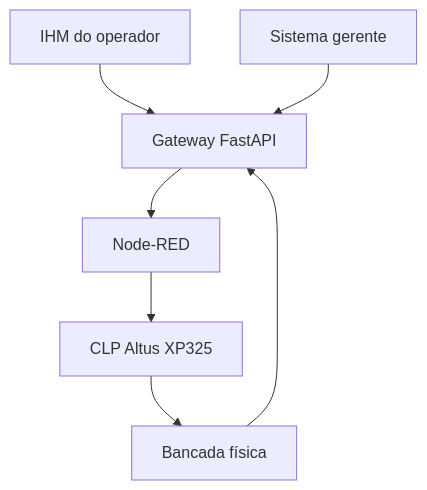
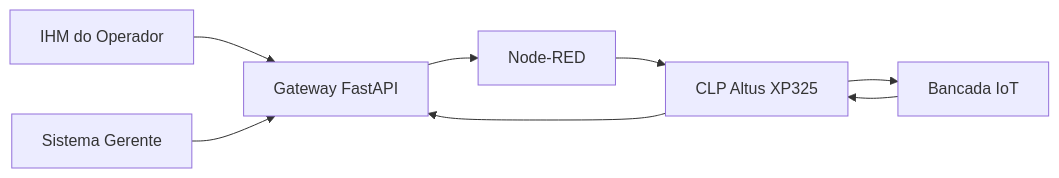
The diagram in README.md (restoffkaua08-afk/TCC-versao-01), drawn with Mermaid before and after one commit. The commit also changed other lines of this file, not shown here.

````diff
--- a/README.md
+++ b/README.md
@@ -177,9 +17,10 @@
 ```mermaid
-flowchart TD
-    A[IHM do operador] --> C[Gateway FastAPI]
-    B[Sistema gerente] --> C
-    C --> D[Node-RED]
-    D --> E[CLP Altus XP325]
-    E --> F[Bancada física]
-    F --> C
+flowchart LR
+    IHM[IHM do Operador] --> API[Gateway FastAPI]
+    GER[Sistema Gerente] --> API
+    API --> NR[Node-RED]
+    NR --> PLC[CLP Altus XP325]
+    PLC --> BANCADA[Bancada IoT]
+    BANCADA --> PLC
+    PLC --> API
 ```
````
